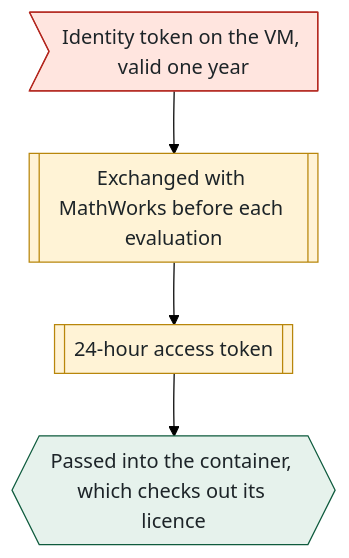
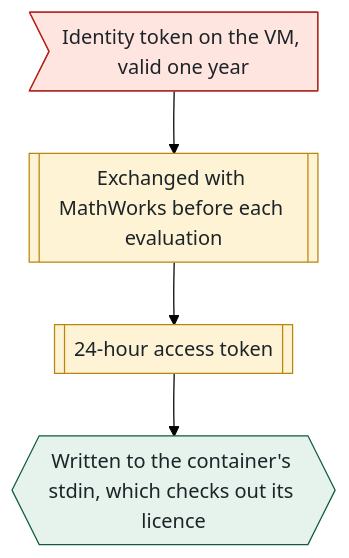
One commit to McMaster-Battery-Research-Group/battery-soc-benchmark changed the second of 2 diagrams in docs/walkthrough/09-infrastructure.md. Above: the diagram before and after it, drawn with Mermaid (forest theme). The commit also changed other lines of this file and 46 other files, not shown here.

````diff
--- a/docs/walkthrough/09-infrastructure.md
+++ b/docs/walkthrough/09-infrastructure.md
@@ -55,12 +51,12 @@
 ```mermaid
 flowchart TB
     T>"Identity token on the VM, valid one year"] --> X[["Exchanged with MathWorks before each evaluation"]]
     X --> D[["24-hour access token"]]
-    D --> C{{"Passed into the container, which checks out its licence"}}
+    D --> C{{"Written to the container's stdin, which checks out its licence"}}
     classDef danger fill:#FFE5DF,stroke:#B3261E,color:#1d2428
     classDef worker fill:#FFF3D6,stroke:#B8860B,color:#1d2428
     classDef sandbox fill:#E6F2EC,stroke:#0E5B3D,color:#1d2428
     class T danger
     class X,D worker
     class C sandbox
 ```
````
